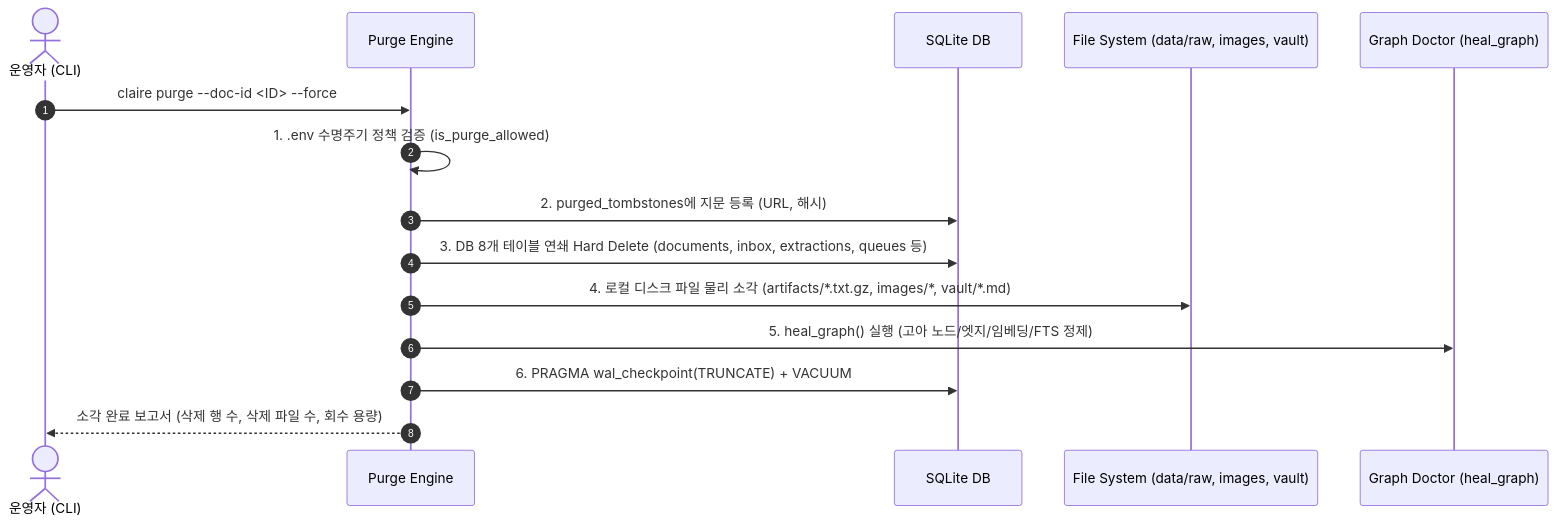
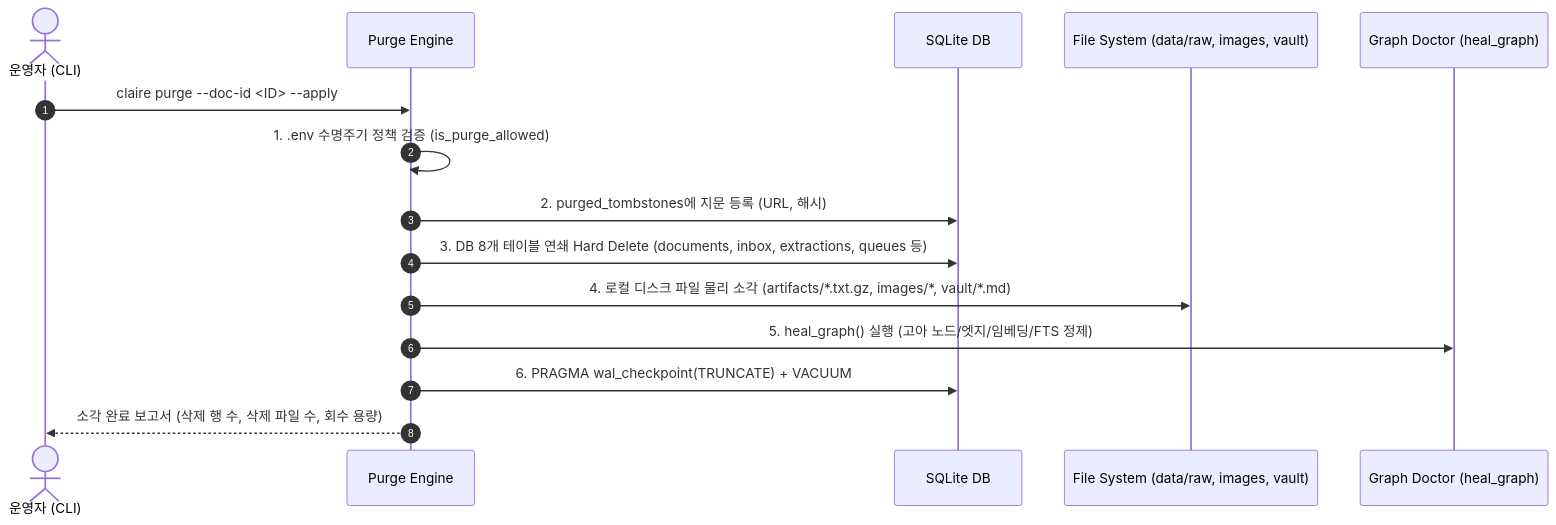
One commit to fofwisdom/claire-bible changed the diagram in docs/origin/design/DATA_LIFECYCLE_AND_PURGE_DESIGN.md. Above: the diagram before and after it, drawn with Mermaid. The commit also changed 11 other files, not shown here.

````diff
--- a/docs/origin/design/DATA_LIFECYCLE_AND_PURGE_DESIGN.md
+++ b/docs/origin/design/DATA_LIFECYCLE_AND_PURGE_DESIGN.md
@@ -95,18 +95,18 @@
 ```mermaid
 sequenceDiagram
     autonumber
     actor Admin as 운영자 (CLI)
     participant Engine as Purge Engine
     participant DB as SQLite DB
     participant Disk as File System (data/raw, images, vault)
     participant Graph as Graph Doctor (heal_graph)
 
-    Admin->>Engine: claire purge --doc-id <ID> --force
+    Admin->>Engine: claire purge --doc-id <ID> --apply
     Engine->>Engine: 1. .env 수명주기 정책 검증 (is_purge_allowed)
     Engine->>DB: 2. purged_tombstones에 지문 등록 (URL, 해시)
     Engine->>DB: 3. DB 8개 테이블 연쇄 Hard Delete (documents, inbox, extractions, queues 등)
     Engine->>Disk: 4. 로컬 디스크 파일 물리 소각 (artifacts/*.txt.gz, images/*, vault/*.md)
     Engine->>Graph: 5. heal_graph() 실행 (고아 노드/엣지/임베딩/FTS 정제)
     Engine->>DB: 6. PRAGMA wal_checkpoint(TRUNCATE) + VACUUM
     Engine-->>Admin: 소각 완료 보고서 (삭제 행 수, 삭제 파일 수, 회수 용량)
 ```
````
